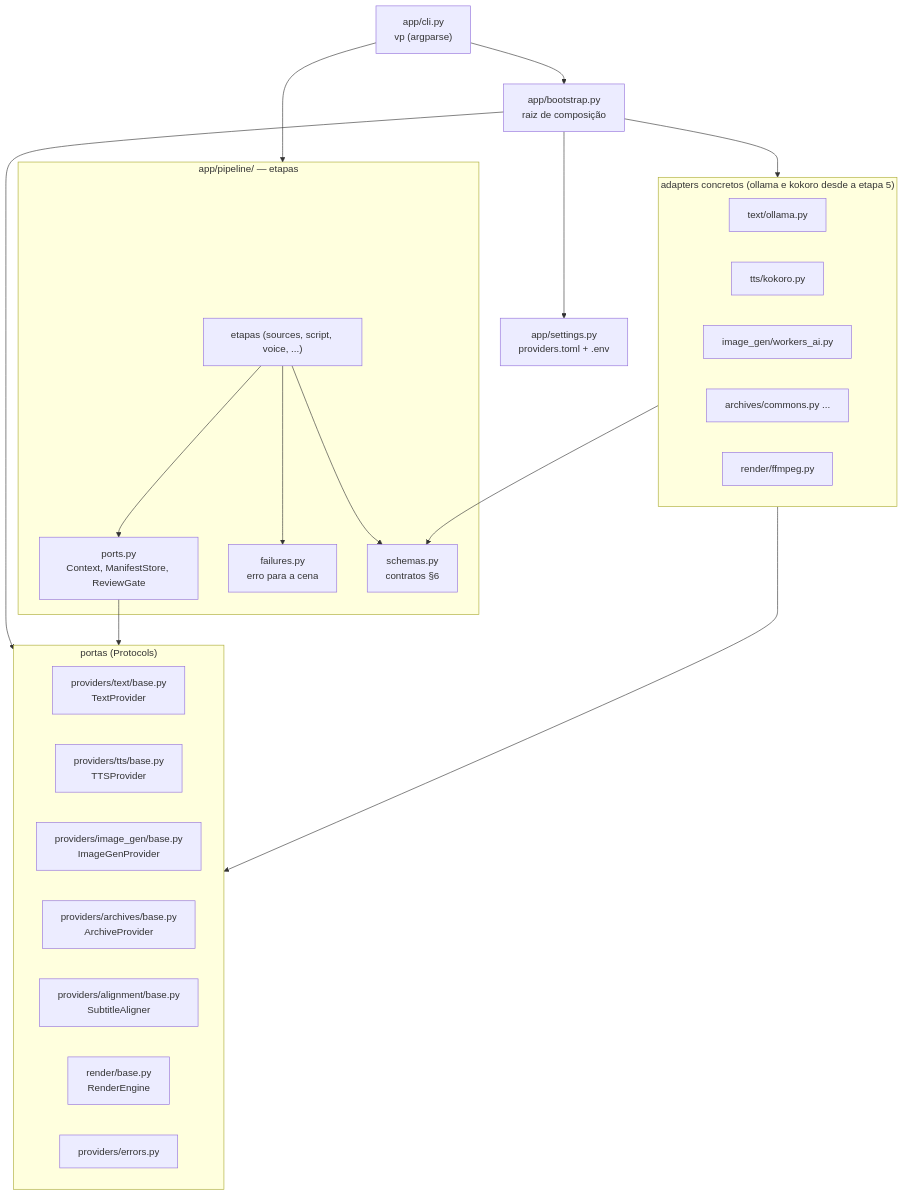
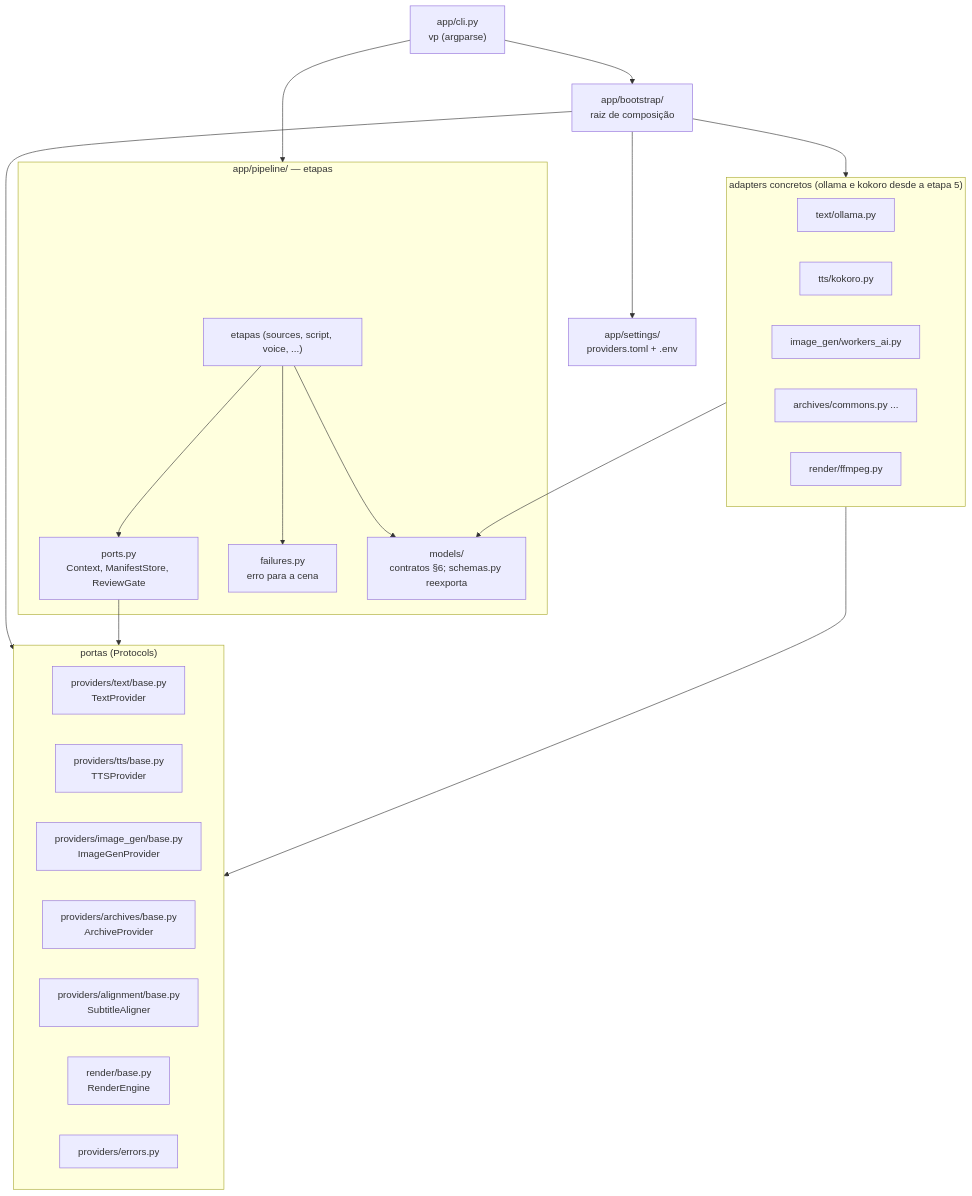
Before and after one commit to ViniciusKoiti/video-pipeline: the diagram in docs/arquitetura.md, drawn with Mermaid. The commit also changed other lines of this file and 309 other files, not shown here.

````diff
--- a/docs/arquitetura.md
+++ b/docs/arquitetura.md
@@ -6,36 +6,36 @@
 ```mermaid
 flowchart TD
-    CLI["app/cli.py<br/>vp (argparse)"] --> BOOT["app/bootstrap.py<br/>raiz de composição"]
+    CLI["app/cli.py<br/>vp (argparse)"] --> BOOT["app/bootstrap/<br/>raiz de composição"]
     CLI --> PIPE
-    BOOT --> SET["app/settings.py<br/>providers.toml + .env"]
+    BOOT --> SET["app/settings/<br/>providers.toml + .env"]
     BOOT --> ADAPT
     BOOT --> PORTS
 
     subgraph PIPE["app/pipeline/ — etapas"]
         STEPS["etapas (sources, script, voice, ...)"] --> PPORTS["ports.py<br/>Context, ManifestStore, ReviewGate"]
         STEPS --> FAIL["failures.py<br/>erro para a cena"]
-        STEPS --> SCH["schemas.py<br/>contratos §6"]
+        STEPS --> SCH["models/<br/>contratos §6; schemas.py reexporta"]
     end
 
     subgraph PORTS["portas (Protocols)"]
         TB["providers/text/base.py<br/>TextProvider"]
         SB["providers/tts/base.py<br/>TTSProvider"]
         IB["providers/image_gen/base.py<br/>ImageGenProvider"]
         AB["providers/archives/base.py<br/>ArchiveProvider"]
         LB["providers/alignment/base.py<br/>SubtitleAligner"]
         RB["render/base.py<br/>RenderEngine"]
         ERR["providers/errors.py"]
     end
 
     subgraph ADAPT["adapters concretos (ollama e kokoro desde a etapa 5)"]
         OLL["text/ollama.py"]
         KOK["tts/kokoro.py"]
         WAI["image_gen/workers_ai.py"]
         COM["archives/commons.py ..."]
         FFM["render/ffmpeg.py"]
     end
 
     PPORTS --> PORTS
     ADAPT --> PORTS
     ADAPT --> SCH
 ```
````
